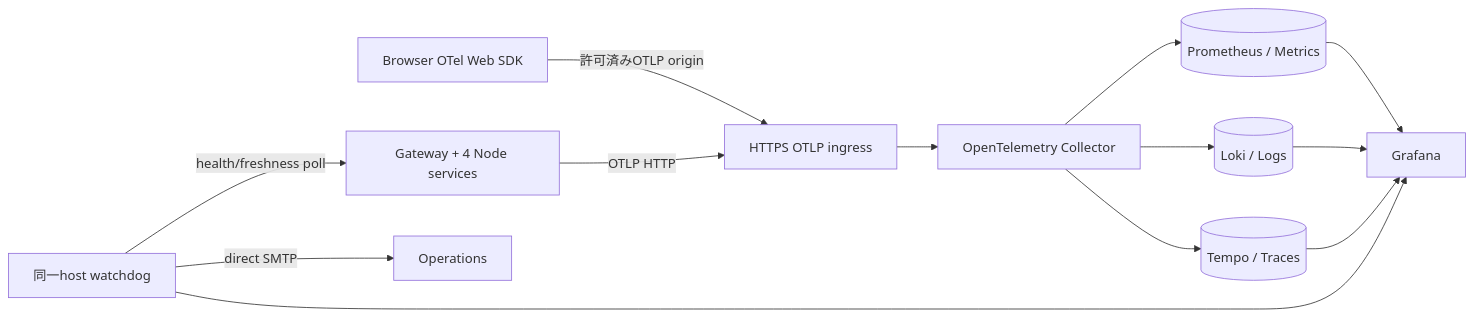
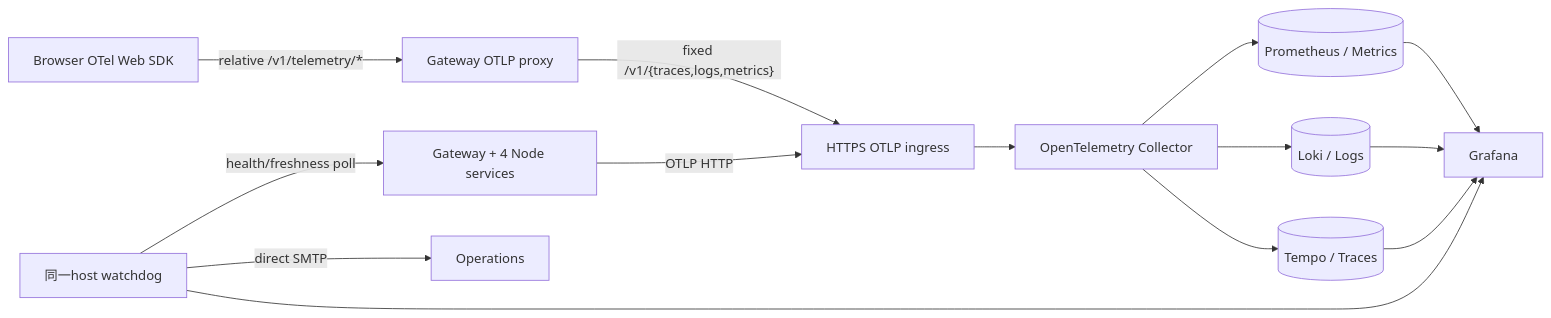
One commit to r4ai/news-podcast changed the second of 5 diagrams in docs/design.md. Above: the diagram before and after it, drawn with Mermaid. The commit also changed other lines of this file and 5 other files, not shown here.

````diff
--- a/docs/design.md
+++ b/docs/design.md
@@ -90,15 +90,16 @@
 ```mermaid
 flowchart LR
-  Browser["Browser OTel Web SDK"] -->|"許可済みOTLP origin"| Ingress
+  Browser["Browser OTel Web SDK"] -->|"relative /v1/telemetry/*"| Gateway["Gateway OTLP proxy"]
+  Gateway -->|"fixed /v1/{traces,logs,metrics}"| Ingress
   Node["Gateway + 4 Node services"] -->|"OTLP HTTP"| Ingress["HTTPS OTLP ingress"]
   Ingress --> Collector["OpenTelemetry Collector"]
   Collector --> Prometheus[("Prometheus / Metrics")]
   Collector --> Loki[("Loki / Logs")]
   Collector --> Tempo[("Tempo / Traces")]
   Prometheus --> Grafana["Grafana"]
   Loki --> Grafana
   Tempo --> Grafana
   Watchdog["同一host watchdog"] -->|"health/freshness poll"| Node
   Watchdog --> Grafana
   Watchdog -->|"direct SMTP"| OnCall["Operations"]
 ```
````
